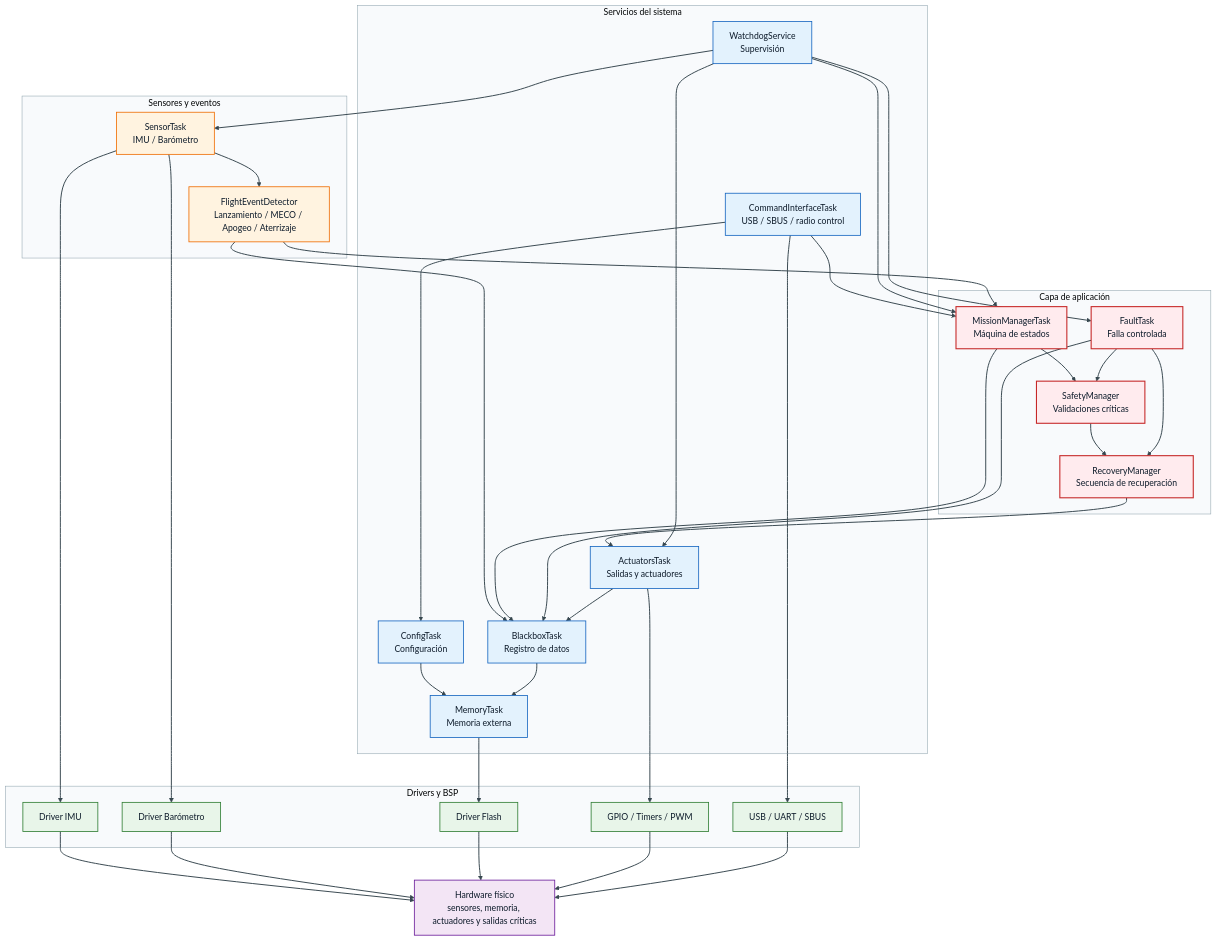
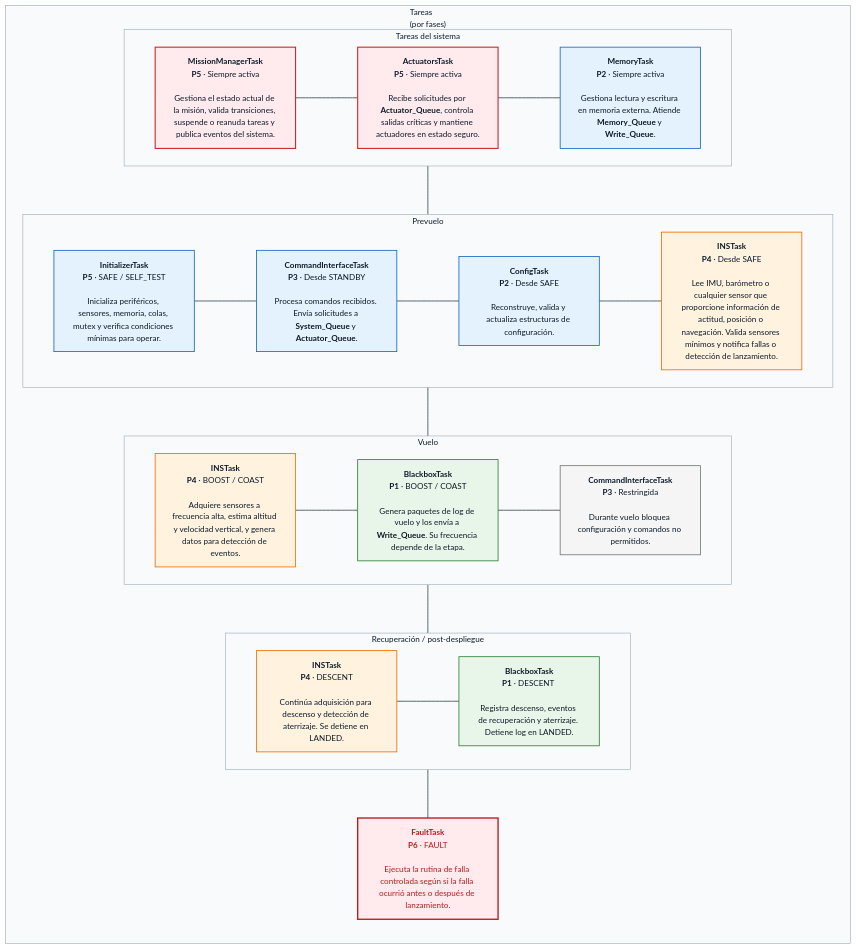
One commit to cdealbagtz/TheRocketProject changed the first of 5 diagrams in docs/Controladora De Vuelo V2/Firmware/arquitectura.md. Above: the diagram before and after it, drawn with Mermaid. The commit also changed other lines of this file and 1 other file, not shown here.

Commit message:
Se termina la versión 0.1 del apartado de arquitectura

````diff
--- a/docs/Controladora De Vuelo V2/Firmware/arquitectura.md
+++ b/docs/Controladora De Vuelo V2/Firmware/arquitectura.md
@@ -137,18 +137,30 @@
     "htmlLabels": true,
     "curve": "basis",
     "nodeSpacing": 45,
-    "rankSpacing": 60
+    "rankSpacing": 65
   },
   "themeVariables": {
     "background": "#ffffff",
     "mainBkg": "#ffffff",
     "fontFamily": "Roboto, Arial, sans-serif",
-    "fontSize": "16px",
+    "fontSize": "15px",
+
     "primaryColor": "#e3f2fd",
     "primaryTextColor": "#0d1b2a",
     "primaryBorderColor": "#1565c0",
+
+    "secondaryColor": "#fff3e0",
+    "secondaryTextColor": "#0d1b2a",
+    "secondaryBorderColor": "#ef6c00",
+
+    "tertiaryColor": "#e8f5e9",
+    "tertiaryTextColor": "#0d1b2a",
+    "tertiaryBorderColor": "#2e7d32",
+
     "lineColor": "#37474f",
     "textColor": "#0d1b2a",
+    "edgeLabelBackground": "#ffffff",
+
     "clusterBkg": "#f8fafc",
     "clusterBorder": "#90a4ae"
   }
@@ -156,84 +168,73 @@
 
 flowchart TB
 
-    subgraph APP["Capa de aplicación"]
-        MISSION["MissionManagerTask<br/>Máquina de estados"]
-        FAULT["FaultTask<br/>Falla controlada"]
-        SAFETY["SafetyManager<br/>Validaciones críticas"]
-        RECOVERY["RecoveryManager<br/>Secuencia de recuperación"]
+    subgraph TASKS["Tareas<br/>(por fases)"]
+        direction TB
+
+        subgraph SYSTEM["Tareas del sistema"]
+            direction LR
+
+            MISSION["<b>MissionManagerTask</b><br/><b>P5</b> · Siempre activa<br/><br/>Gestiona el estado actual de la misión, valida transiciones, suspende o reanuda tareas y publica eventos del sistema."]:::critical
+
+            ACTUATORS["<b>ActuatorsTask</b><br/><b>P5</b> · Siempre activa<br/><br/>Recibe solicitudes por <b>Actuator_Queue</b>, controla salidas críticas y mantiene actuadores en estado seguro."]:::critical
+
+            MEMORY["<b>MemoryTask</b><br/><b>P2</b> · Siempre activa<br/><br/>Gestiona lectura y escritura en memoria externa. Atiende <b>Memory_Queue</b> y <b>Write_Queue</b>."]:::service
+
+            MISSION ~~~ ACTUATORS ~~~ MEMORY
+        end
+
+        subgraph PRE["Prevuelo"]
+            direction LR
+
+            INIT["<b>InitializerTask</b><br/><b>P5</b> · SAFE / SELF_TEST<br/><br/>Inicializa periféricos, sensores, memoria, colas, mutex y verifica condiciones mínimas para operar."]:::preflight
+
+            COMMAND_PRE["<b>CommandInterfaceTask</b><br/><b>P3</b> · Desde STANDBY<br/><br/>Procesa comandos recibidos. Envía solicitudes a <b>System_Queue</b> y <b>Actuator_Queue</b>."]:::preflight
+
+            CONFIG["<b>ConfigTask</b><br/><b>P2</b> · Desde SAFE<br/><br/>Reconstruye, valida y actualiza estructuras de configuración."]:::preflight
+
+            SENSOR_PRE["<b>INSTask</b><br/><b>P4</b> · Desde SAFE<br/><br/>Lee IMU, barómetro o cualquier sensor que proporcione información de actitud, posición o navegación. Valida sensores mínimos y notifica fallas o detección de lanzamiento."]:::sensor
+
+            INIT ~~~ COMMAND_PRE ~~~ CONFIG ~~~ SENSOR_PRE
+        end
+
+        subgraph FLIGHT["Vuelo"]
+            direction LR
+
+            SENSOR_FLIGHT["<b>INSTask</b><br/><b>P4</b> · BOOST / COAST<br/><br/>Adquiere sensores a frecuencia alta, estima altitud y velocidad vertical, y genera datos para detección de eventos."]:::sensor
+
+            BLACKBOX_FLIGHT["<b>BlackboxTask</b><br/><b>P1</b> · BOOST / COAST<br/><br/>Genera paquetes de log de vuelo y los envía a <b>Write_Queue</b>. Su frecuencia depende de la etapa."]:::data
+
+            COMMAND_FLIGHT["<b>CommandInterfaceTask</b><br/><b>P3</b> · Restringida<br/><br/>Durante vuelo bloquea configuración y comandos no permitidos."]:::restricted
+
+            SENSOR_FLIGHT ~~~ BLACKBOX_FLIGHT ~~~ COMMAND_FLIGHT
+        end
+
+        subgraph RECOVERY["Recuperación / post-despliegue"]
+            direction LR
+
+            SENSOR_REC["<b>INSTask</b><br/><b>P4</b> · DESCENT<br/><br/>Continúa adquisición para descenso y detección de aterrizaje. Se detiene en LANDED."]:::sensor
+
+            BLACKBOX_REC["<b>BlackboxTask</b><br/><b>P1</b> · DESCENT <br/><br/>Registra descenso, eventos de recuperación y aterrizaje. Detiene log en LANDED."]:::data
+
+            SENSOR_REC ~~~ BLACKBOX_REC
+        end
+
+        FAULT["<b>FaultTask</b><br/><b>P6</b> · FAULT<br/><br/>Ejecuta la rutina de falla controlada según si la falla ocurrió antes o después de lanzamiento."]:::fault
+
+        SYSTEM ~~~ PRE
+        PRE ~~~ FLIGHT
+        FLIGHT ~~~ RECOVERY
+        RECOVERY ~~~ FAULT
     end
 
-    subgraph SERVICES["Servicios del sistema"]
-        ACT["ActuatorsTask<br/>Salidas y actuadores"]
-        LOG["BlackboxTask<br/>Registro de datos"]
-        MEM["MemoryTask<br/>Memoria externa"]
-        CONFIG["ConfigTask<br/>Configuración"]
-        COMMAND["CommandInterfaceTask<br/>USB / SBUS / radio control"]
-        WATCHDOG["WatchdogService<br/>Supervisión"]
-    end
+    classDef critical fill:#ffebee,stroke:#c62828,stroke-width:2px,color:#0d1b2a;
+    classDef service fill:#e3f2fd,stroke:#1565c0,stroke-width:1.5px,color:#0d1b2a;
+    classDef preflight fill:#e3f2fd,stroke:#1565c0,stroke-width:1.5px,color:#0d1b2a;
+    classDef sensor fill:#fff3e0,stroke:#ef6c00,stroke-width:1.5px,color:#0d1b2a;
+    classDef data fill:#e8f5e9,stroke:#2e7d32,stroke-width:1.5px,color:#0d1b2a;
+    classDef restricted fill:#f5f5f5,stroke:#757575,stroke-width:1.5px,color:#0d1b2a;
+    classDef fault fill:#ffebee,stroke:#b71c1c,stroke-width:2.5px,color:#b71c1c;
 
-    subgraph SENSING["Sensores y eventos"]
-        SENSOR["SensorTask<br/>IMU / Barómetro"]
-        EVENTS["FlightEventDetector<br/>Lanzamiento / MECO / Apogeo / Aterrizaje"]
-    end
-
-    subgraph DRIVERS["Drivers y BSP"]
-        IMU["Driver IMU"]
-        BARO["Driver Barómetro"]
-        FLASH["Driver Flash"]
-        GPIO["GPIO / Timers / PWM"]
-        USB["USB / UART / SBUS"]
-    end
-
-    HW["Hardware físico<br/>sensores, memoria, actuadores y salidas críticas"]
-
-    MISSION --> SAFETY
-    SAFETY --> RECOVERY
-    RECOVERY --> ACT
-    FAULT --> SAFETY
-    FAULT --> RECOVERY
-
-    SENSOR --> EVENTS
-    EVENTS --> MISSION
-    EVENTS --> LOG
-
-    COMMAND --> MISSION
-    COMMAND --> CONFIG
-    CONFIG --> MEM
-
-    MISSION --> LOG
-    FAULT --> LOG
-    ACT --> LOG
-    LOG --> MEM
-
-    WATCHDOG --> MISSION
-    WATCHDOG --> SENSOR
-    WATCHDOG --> ACT
-    WATCHDOG --> FAULT
-
-    SENSOR --> IMU
-    SENSOR --> BARO
-    MEM --> FLASH
-    ACT --> GPIO
-    COMMAND --> USB
-
-    IMU --> HW
-    BARO --> HW
-    FLASH --> HW
-    GPIO --> HW
-    USB --> HW
-
-    classDef app fill:#ffebee,stroke:#c62828,stroke-width:2px,color:#0d1b2a;
-    classDef service fill:#e3f2fd,stroke:#1565c0,stroke-width:1.5px,color:#0d1b2a;
-    classDef sensing fill:#fff3e0,stroke:#ef6c00,stroke-width:1.5px,color:#0d1b2a;
-    classDef driver fill:#e8f5e9,stroke:#2e7d32,stroke-width:1.5px,color:#0d1b2a;
-    classDef hw fill:#f3e5f5,stroke:#6a1b9a,stroke-width:1.5px,color:#0d1b2a;
-
-    class MISSION,FAULT,SAFETY,RECOVERY app;
-    class ACT,LOG,MEM,CONFIG,COMMAND,WATCHDOG service;
-    class SENSOR,EVENTS sensing;
-    class IMU,BARO,FLASH,GPIO,USB driver;
-    class HW hw;
-
-    linkStyle default stroke:#37474f,stroke-width:1.8px;
+    linkStyle default stroke:#37474f,stroke-width:1.5px;
+    linkStyle default stroke:#37474f,stroke-width:1.5px;
 ```
````
